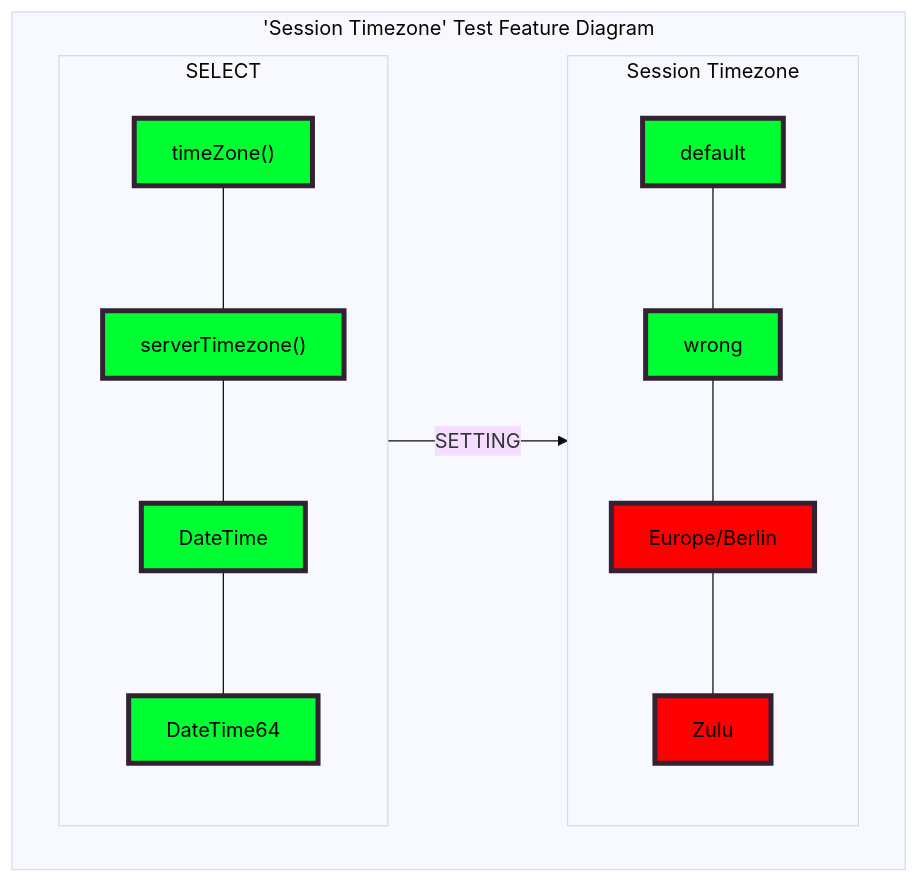
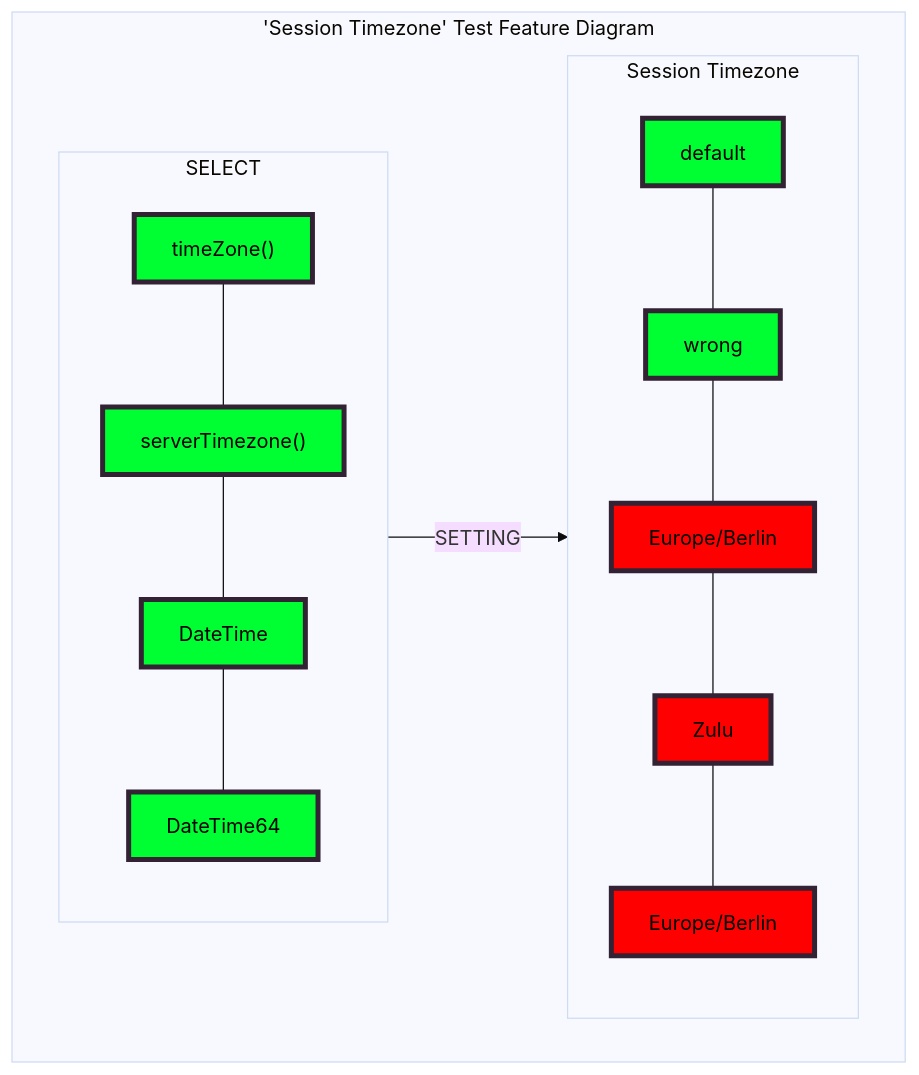
One commit to Altinity/clickhouse-regression changed the diagram in session_timezone/requirements/requirements.md. Above: the diagram before and after it, drawn with Mermaid (base theme). The commit also changed 1 other file, not shown here.

Commit message:
session timezone srs upd.

````diff
--- a/session_timezone/requirements/requirements.md
+++ b/session_timezone/requirements/requirements.md
@@ -36,33 +36,34 @@
 ```mermaid
 flowchart TB;
 
   classDef yellow fill:#ffff32,stroke:#323,stroke-width:4px,color:black;
   classDef yellow2 fill:#ffff32,stroke:#323,stroke-width:4px,color:red;
   classDef green fill:#00ff32,stroke:#323,stroke-width:4px,color:black;
   classDef red fill:red,stroke:#323,stroke-width:4px,color:black;
   classDef blue fill:blue,stroke:#323,stroke-width:4px,color:white;
   
   subgraph O["'Session Timezone' Test Feature Diagram"]
   
   A--"SETTING"-->D
 
   1A---2A---3A---4A
-  1D---2D---3D---4D
+  1D---2D---3D---4D---5D
   
     subgraph A["SELECT"]
 
         1A["timeZone()"]:::green
         2A["serverTimezone()"]:::green
         3A["DateTime"]:::green
         4A["DateTime64"]:::green
         
     end
     
     subgraph D["Session Timezone"]
         1D["default"]:::green
         2D["wrong"]:::green
         3D["Europe/Berlin"]:::red
         4D["Zulu"]:::red
+        5D["Europe/Berlin"]:::red
     end
   end
 ```
````
